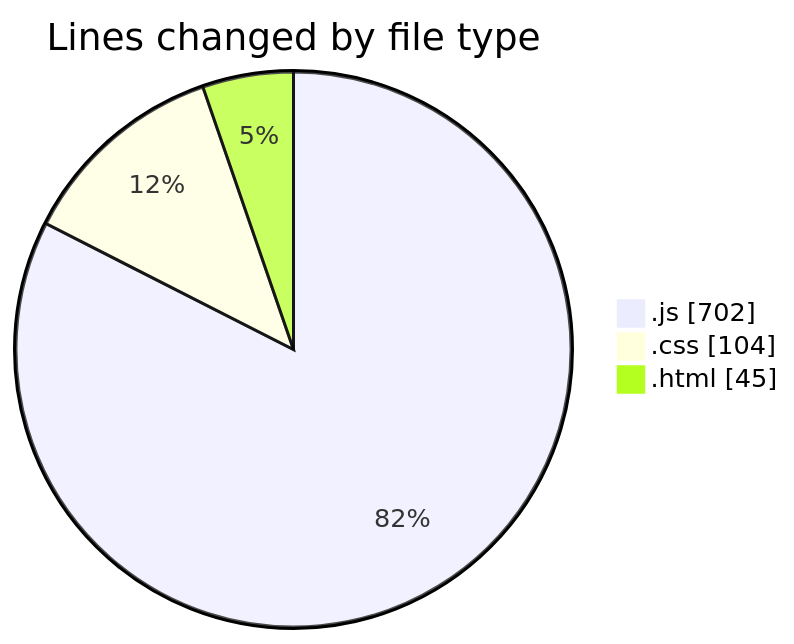
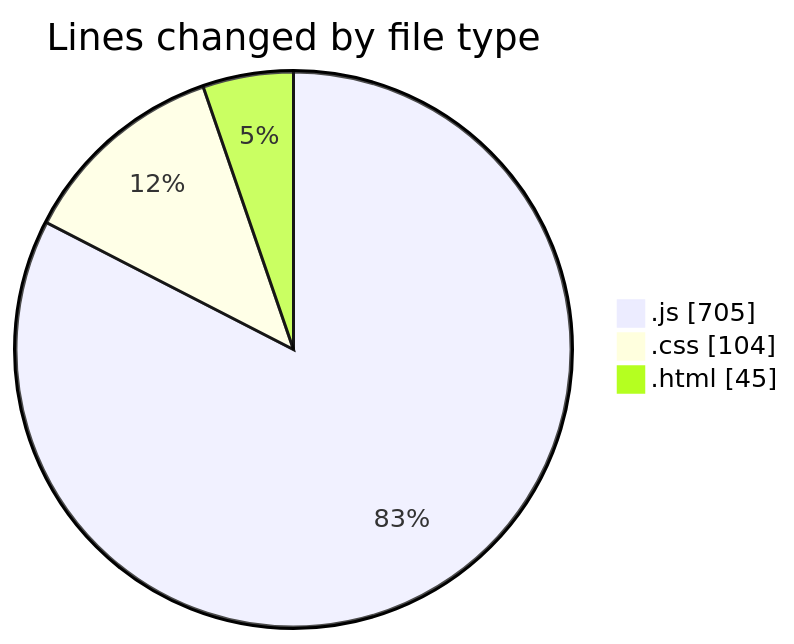
Before and after one commit to Ritupan-Deka/code-tracking: the first of 2 diagrams in 2025-07-20/mern-workoutboard/README.md, drawn with Mermaid. The commit also changed other lines of this file and 1 other file, not shown here.

````diff
--- a/2025-07-20/mern-workoutboard/README.md
+++ b/2025-07-20/mern-workoutboard/README.md
@@ -28,7 +28,7 @@
 ```mermaid
 pie showData
 title Lines changed by file type
-".js" : 702
+".js" : 705
 ".css" : 104
 ".html" : 45
 ```
````
